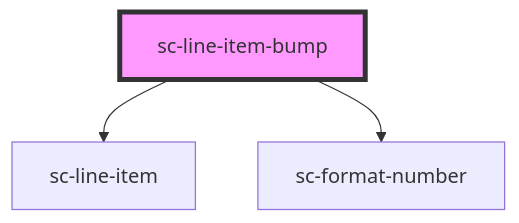
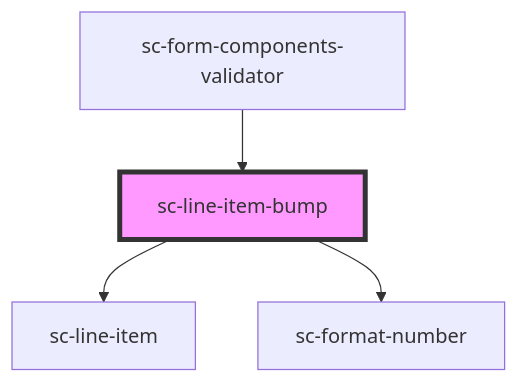
Before and after one commit to surecart/surecart-wp-plugin: the diagram in packages/components/src/components/controllers/checkout-form/sc-line-item-bump/readme.md, drawn with Mermaid. The commit also changed other lines of this file and 4 other files, not shown here.

````diff
--- a/packages/components/src/components/controllers/checkout-form/sc-line-item-bump/readme.md
+++ b/packages/components/src/components/controllers/checkout-form/sc-line-item-bump/readme.md
@@ -25,6 +29,7 @@
 ```mermaid
 graph TD;
   sc-line-item-bump --> sc-line-item
   sc-line-item-bump --> sc-format-number
+  sc-form-components-validator --> sc-line-item-bump
   style sc-line-item-bump fill:#f9f,stroke:#333,stroke-width:4px
 ```
````
